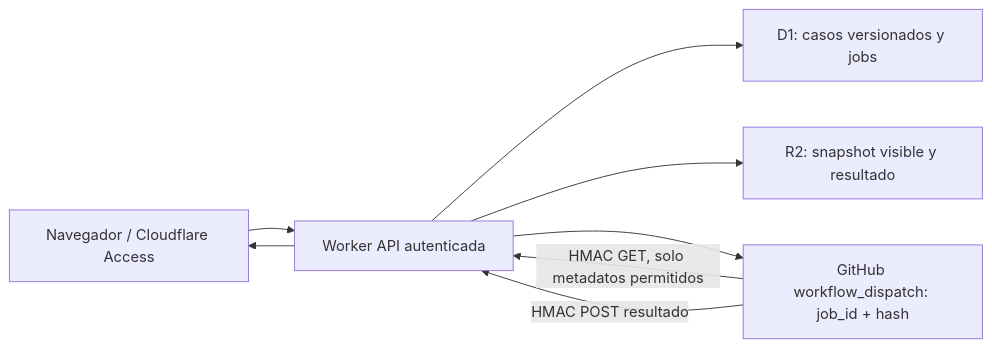
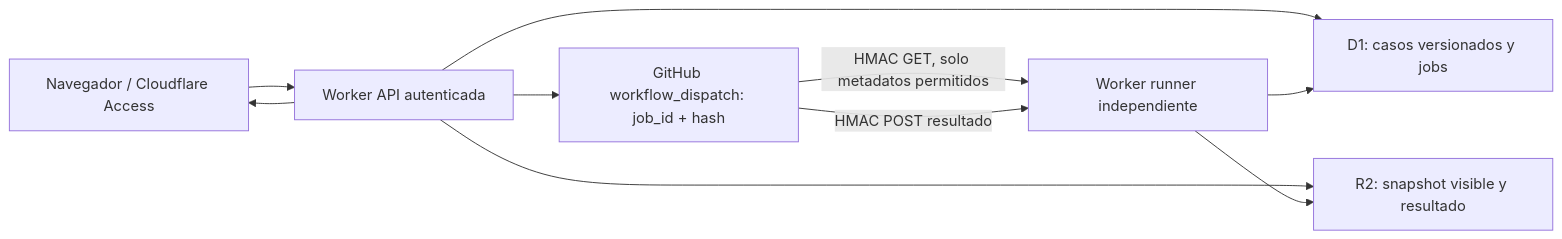
Before and after one commit to yudocyudoc/short: the diagram in platform/cei-igc/README.md, drawn with Mermaid. The commit also changed other lines of this file and 6 other files, not shown here.

Commit message:
Separate CEI IGC GitHub runner worker

````diff
--- a/platform/cei-igc/README.md
+++ b/platform/cei-igc/README.md
@@ -13,10 +13,12 @@
 ```mermaid
 flowchart LR
   UI["Navegador / Cloudflare Access"] --> W["Worker API autenticada"]
   W --> D["D1: casos versionados y jobs"]
   W --> R["R2: snapshot visible y resultado"]
   W --> GH["GitHub workflow_dispatch: job_id + hash"]
-  GH -->|"HMAC GET, solo metadatos permitidos"| W
-  GH -->|"HMAC POST resultado"| W
+  GH -->|"HMAC GET, solo metadatos permitidos"| RW["Worker runner independiente"]
+  GH -->|"HMAC POST resultado"| RW
+  RW --> D
+  RW --> R
   W --> UI
 ```
````
